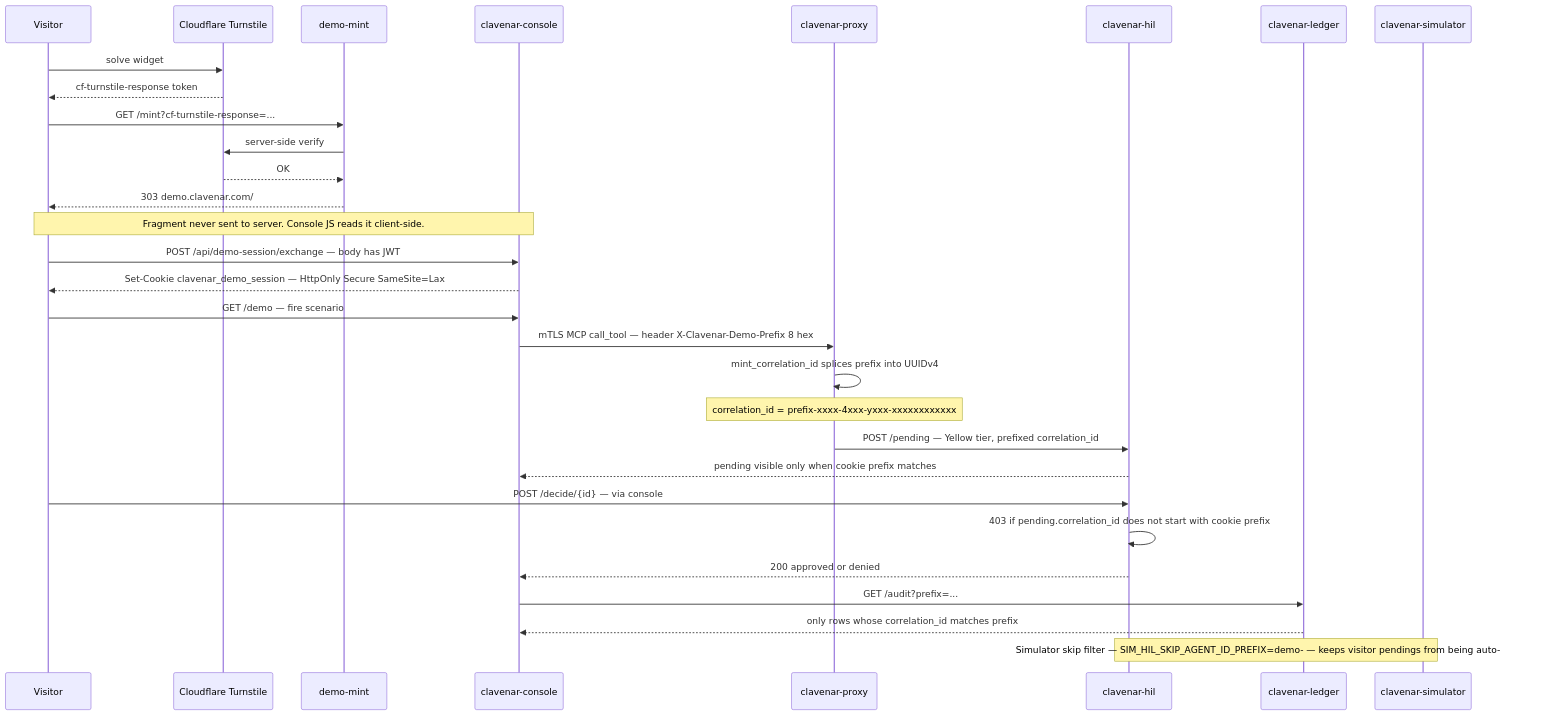
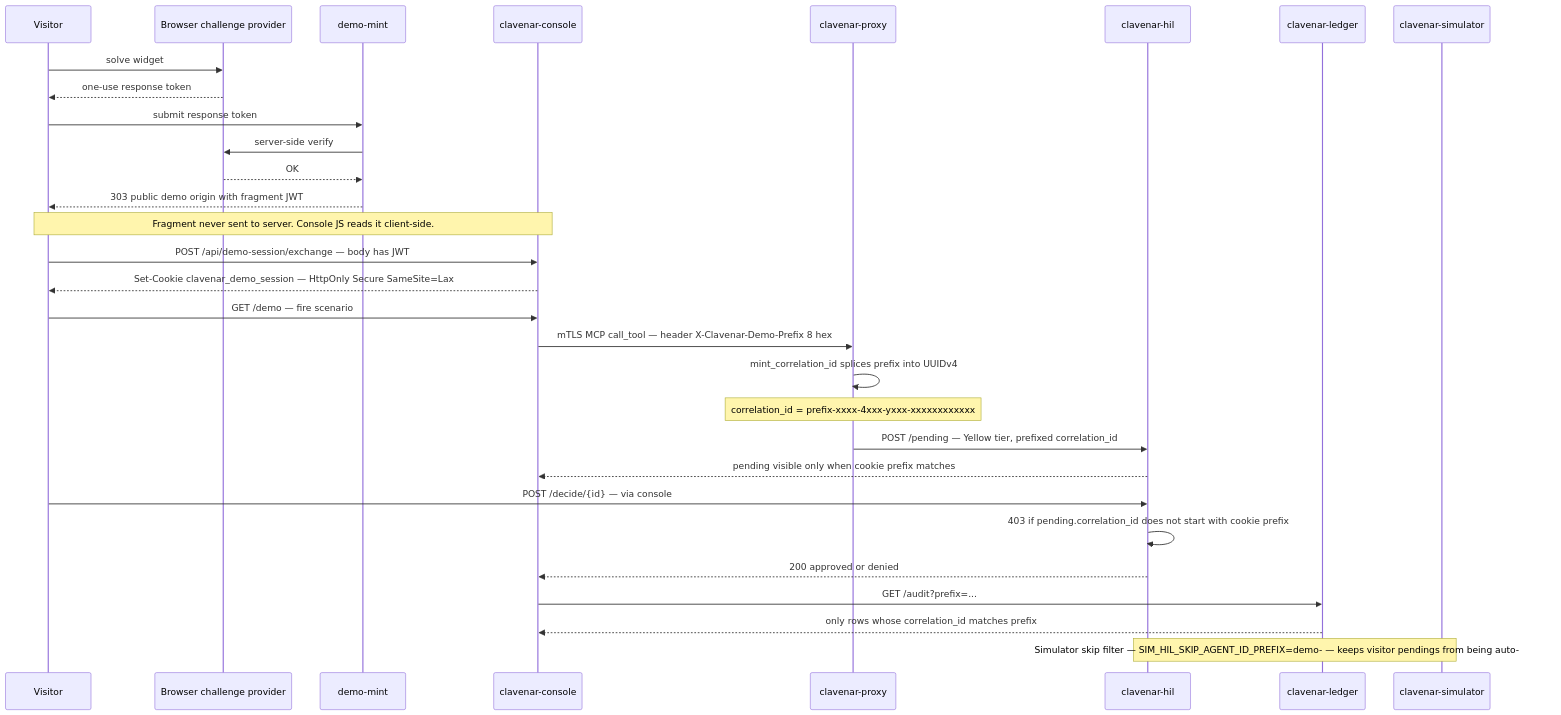
One commit to clavenar/clavenar-specs changed the fourth of 5 diagrams in docs/ARCHITECTURE.md. Above: the diagram before and after it, drawn with Mermaid. The commit also changed other lines of this file and 5 other files, not shown here.

````diff
--- a/docs/ARCHITECTURE.md
+++ b/docs/ARCHITECTURE.md
@@ -227,33 +188,33 @@
 ```mermaid
 sequenceDiagram
   participant Visitor
-  participant TS as Cloudflare Turnstile
+  participant Challenge as Browser challenge provider
   participant Mint as demo-mint
   participant Console as clavenar-console
   participant Proxy as clavenar-proxy
   participant HIL as clavenar-hil
   participant Ledger as clavenar-ledger
   participant Sim as clavenar-simulator
 
-  Visitor->>TS: solve widget
-  TS-->>Visitor: cf-turnstile-response token
-  Visitor->>Mint: GET /mint?cf-turnstile-response=...
-  Mint->>TS: server-side verify
-  TS-->>Mint: OK
-  Mint-->>Visitor: 303 demo.clavenar.com/#token=<HS256 JWT — prefix, sub, exp, iat>
+  Visitor->>Challenge: solve widget
+  Challenge-->>Visitor: one-use response token
+  Visitor->>Mint: submit response token
+  Mint->>Challenge: server-side verify
+  Challenge-->>Mint: OK
+  Mint-->>Visitor: 303 public demo origin with fragment JWT
   Note over Visitor,Console: Fragment never sent to server. Console JS reads it client-side.
   Visitor->>Console: POST /api/demo-session/exchange — body has JWT
   Console-->>Visitor: Set-Cookie clavenar_demo_session — HttpOnly Secure SameSite=Lax
   Visitor->>Console: GET /demo — fire scenario
   Console->>Proxy: mTLS MCP call_tool — header X-Clavenar-Demo-Prefix 8 hex
   Proxy->>Proxy: mint_correlation_id splices prefix into UUIDv4
   Note over Proxy: correlation_id = prefix-xxxx-4xxx-yxxx-xxxxxxxxxxxx
   Proxy->>HIL: POST /pending — Yellow tier, prefixed correlation_id
   HIL-->>Console: pending visible only when cookie prefix matches
   Visitor->>HIL: POST /decide/{id} — via console
   HIL->>HIL: 403 if pending.correlation_id does not start with cookie prefix
   HIL-->>Console: 200 approved or denied
   Console->>Ledger: GET /audit?prefix=...
   Ledger-->>Console: only rows whose correlation_id matches prefix
   Note over Sim,HIL: Simulator skip filter — SIM_HIL_SKIP_AGENT_ID_PREFIX=demo- — keeps visitor pendings from being auto-decided
 ```
````
